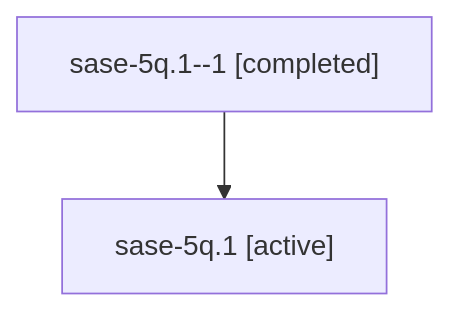
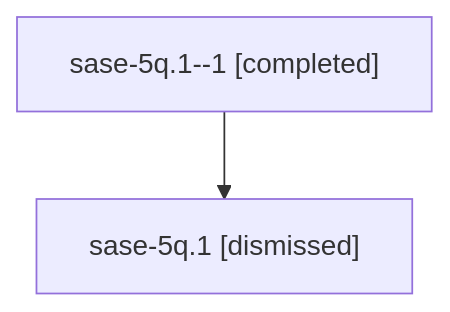
One commit to sase-org/sase--agents changed the diagram in sessions/bbugyi200.athena.sase-5q.1.md. Above: the diagram before and after it, drawn with Mermaid. The commit also changed other lines of this file and 61 other files, not shown here.

````diff
--- a/sessions/bbugyi200.athena.sase-5q.1.md
+++ b/sessions/bbugyi200.athena.sase-5q.1.md
@@ -9,6 +9,6 @@
 ```mermaid
 flowchart TD
   n0["sase-5q.1--1 [completed]"]
-  n1["sase-5q.1 [active]"]
+  n1["sase-5q.1 [dismissed]"]
   n0 --> n1
 ```
````
